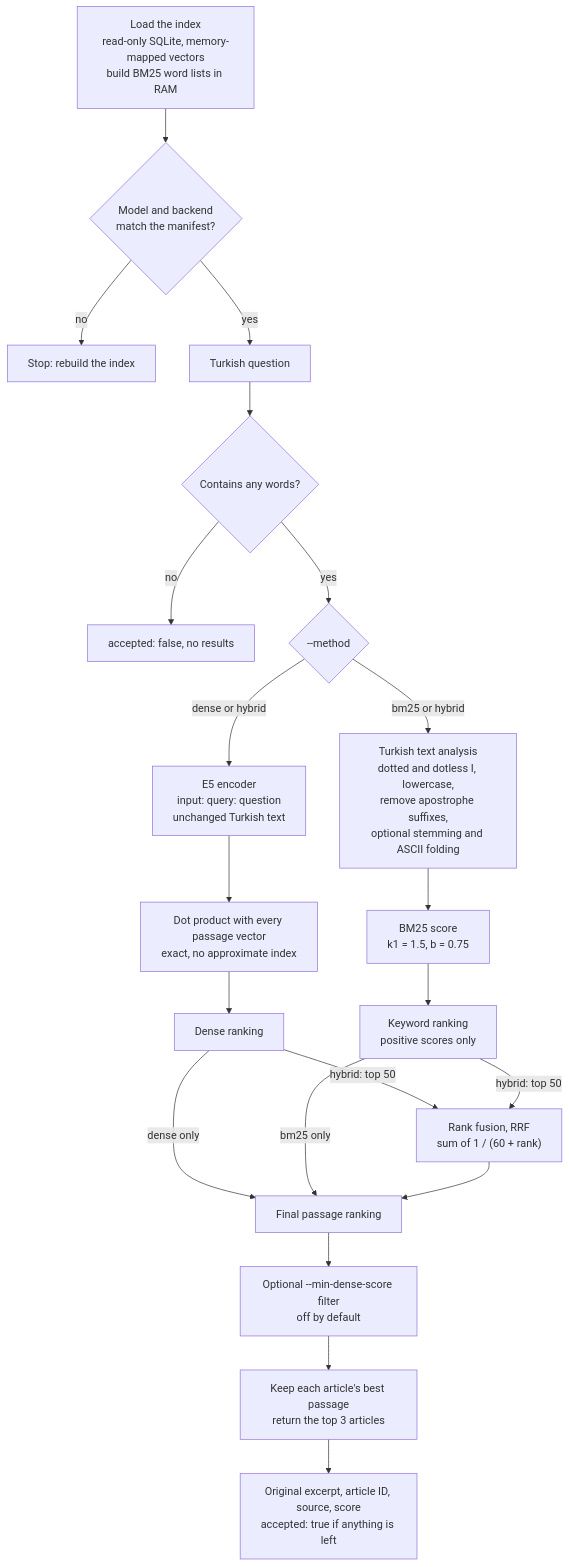
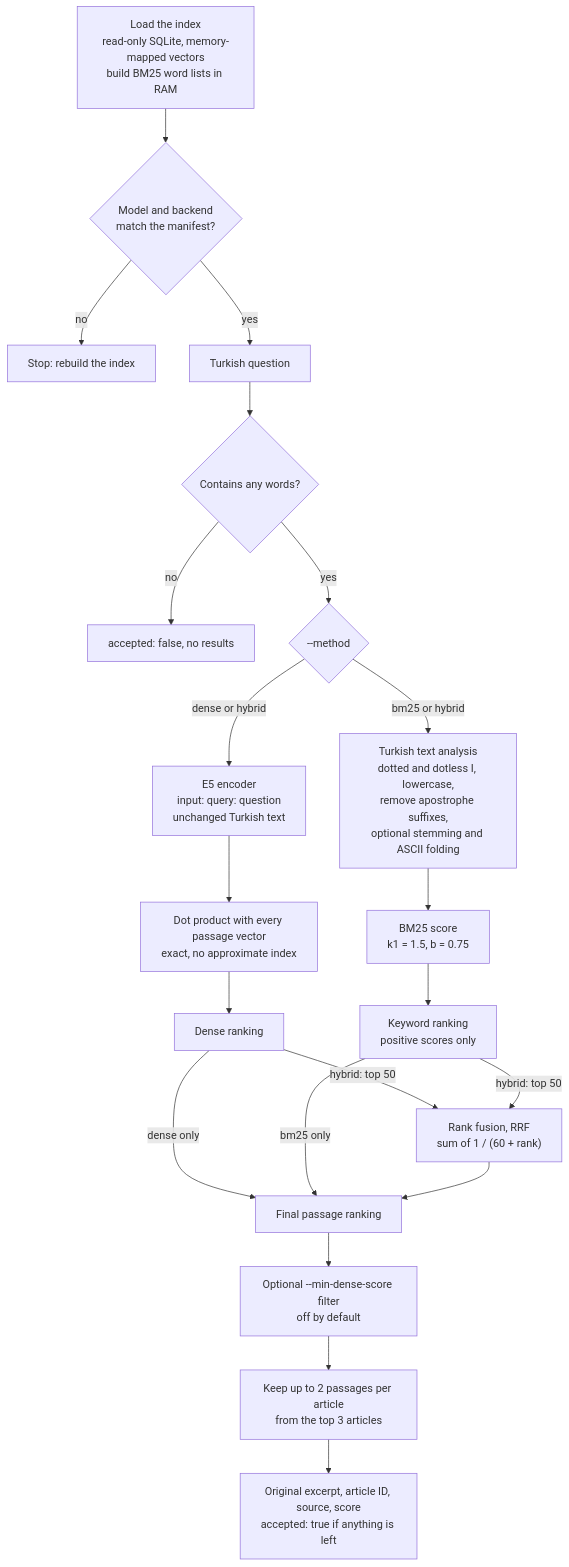
Before and after one commit to memit0/survival-tr: the third of 4 diagrams in README.md, drawn with Mermaid. The commit also changed other lines of this file and 5 other files, not shown here.

First line of the commit message:
Show two passages per article and add example-question matching

````diff
--- a/README.md
+++ b/README.md
@@ -176,27 +176,27 @@
 ```mermaid
 flowchart TD
     L["Load the index<br/>read-only SQLite, memory-mapped vectors<br/>build BM25 word lists in RAM"] --> CHECK{"Model and backend<br/>match the manifest?"}
     CHECK -->|no| X["Stop: rebuild the index"]
     CHECK -->|yes| Q["Turkish question"]
     Q --> EMPTY{"Contains any words?"}
     EMPTY -->|no| NONE["accepted: false, no results"]
     EMPTY -->|yes| M{"--method"}
 
     M -->|dense or hybrid| DE["E5 encoder<br/>input: query: question<br/>unchanged Turkish text"]
     DE --> DS["Dot product with every passage vector<br/>exact, no approximate index"]
     DS --> DR["Dense ranking"]
 
     M -->|bm25 or hybrid| AN["Turkish text analysis<br/>dotted and dotless I, lowercase,<br/>remove apostrophe suffixes,<br/>optional stemming and ASCII folding"]
     AN --> BS["BM25 score<br/>k1 = 1.5, b = 0.75"]
     BS --> BR["Keyword ranking<br/>positive scores only"]
 
     DR -->|dense only| RANK["Final passage ranking"]
     BR -->|bm25 only| RANK
     DR -->|hybrid: top 50| RRF["Rank fusion, RRF<br/>sum of 1 / (60 + rank)"]
     BR -->|hybrid: top 50| RRF
     RRF --> RANK
 
     RANK --> CUT["Optional --min-dense-score filter<br/>off by default"]
-    CUT --> DEDUP["Keep each article's best passage<br/>return the top 3 articles"]
+    CUT --> DEDUP["Keep up to 2 passages per article<br/>from the top 3 articles"]
     DEDUP --> OUT["Original excerpt, article ID, source, score<br/>accepted: true if anything is left"]
 ```
````
